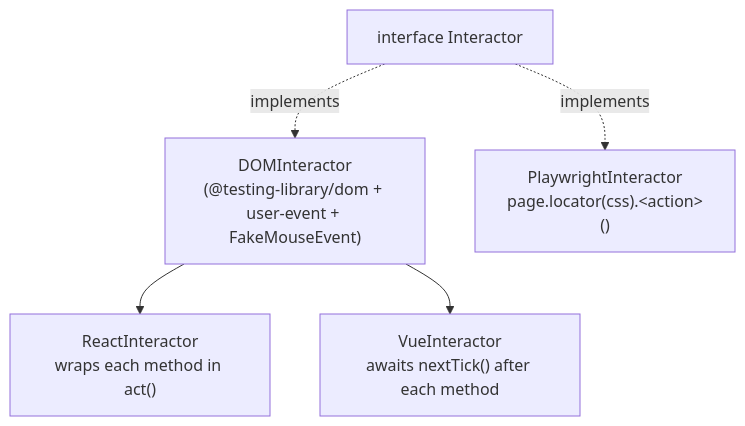
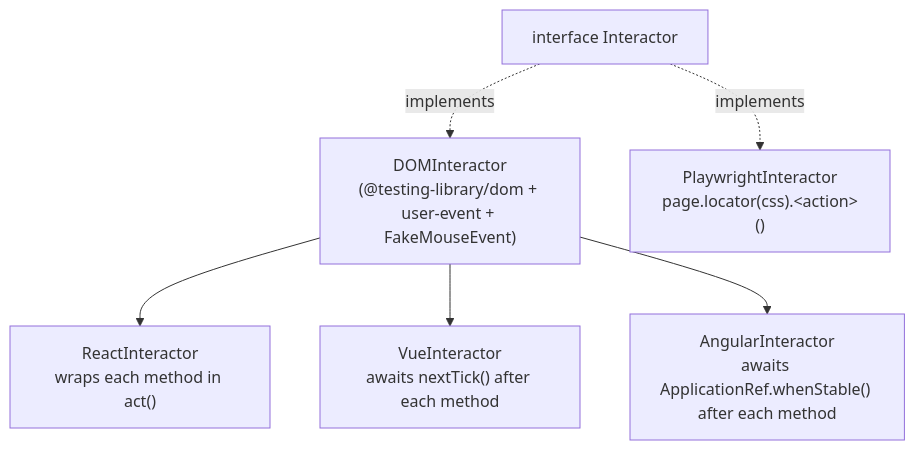
The second of 4 diagrams in agent-docs/ARCHITECTURE.md (atomic-testing/atomic-testing), drawn with Mermaid before and after one commit. The commit also changed other lines of this file and 45 other files, not shown here.

````diff
--- a/agent-docs/ARCHITECTURE.md
+++ b/agent-docs/ARCHITECTURE.md
@@ -47,12 +50,14 @@
 ```mermaid
 flowchart TD
     I["interface Interactor"]
     DOM["DOMInteractor<br/>(@testing-library/dom + user-event + FakeMouseEvent)"]
     React["ReactInteractor<br/>wraps each method in act()"]
     Vue["VueInteractor<br/>awaits nextTick() after each method"]
+    Ng["AngularInteractor<br/>awaits ApplicationRef.whenStable() after each method"]
     PW["PlaywrightInteractor<br/>page.locator(css).&lt;action&gt;()"]
     I -. implements .-> DOM
     I -. implements .-> PW
     DOM --> React
     DOM --> Vue
+    DOM --> Ng
 ```
````
